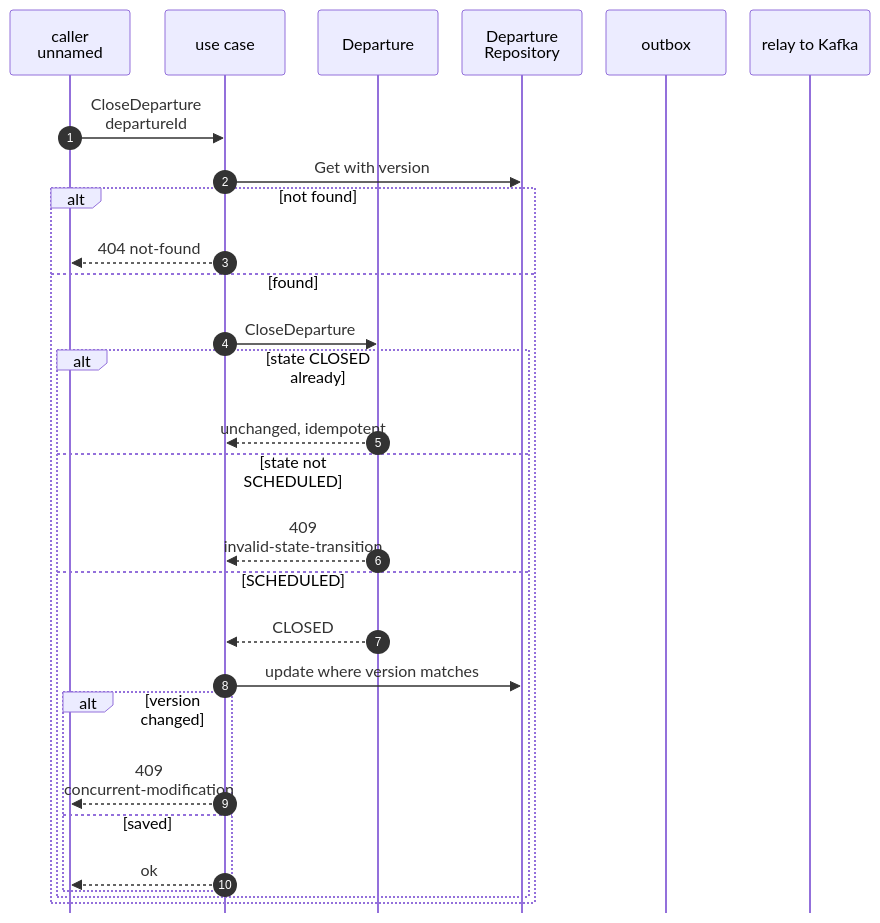
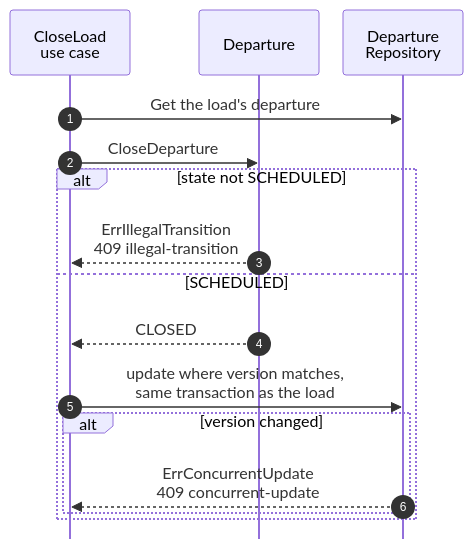
The fourth of 15 diagrams in network/docs/contexts/linehaul-transportation/sequence-diagrams.md (IQVO/warehouse-docs), drawn with Mermaid before and after one commit. The commit also changed other lines of this file and 8 other files, not shown here.

````diff
--- a/network/docs/contexts/linehaul-transportation/sequence-diagrams.md
+++ b/network/docs/contexts/linehaul-transportation/sequence-diagrams.md
@@ -178,31 +168,19 @@
 ```mermaid
 %%{init: {"sequence": {"wrap": true, "width": 120, "actorMargin": 24, "messageMargin": 28, "boxMargin": 6, "noteMargin": 6, "mirrorActors": false}}}%%
 sequenceDiagram
     autonumber
-    participant H as caller<br/>unnamed
-    participant U as use case
+    participant H as CloseLoad<br/>use case
     participant A as Departure
     participant R as Departure<br/>Repository
-    participant O as outbox
-    participant RL as relay to Kafka
-    H->>U: CloseDeparture departureId
-    U->>R: Get with version
-    alt not found
-        U-->>H: 404 not-found
-    else found
-        U->>A: CloseDeparture
-        alt state CLOSED already
-            A-->>U: unchanged, idempotent
-        else state not SCHEDULED
-            A-->>U: 409 invalid-state-transition
-        else SCHEDULED
-            A-->>U: CLOSED
-            U->>R: update where version matches
-            alt version changed
-                U-->>H: 409 concurrent-modification
-            else saved
-                U-->>H: ok
-            end
+    H->>R: Get the load's departure
+    H->>A: CloseDeparture
+    alt state not SCHEDULED
+        A-->>H: ErrIllegalTransition<br/>409 illegal-transition
+    else SCHEDULED
+        A-->>H: CLOSED
+        H->>R: update where version matches,<br/>same transaction as the load
+        alt version changed
+            R-->>H: ErrConcurrentUpdate<br/>409 concurrent-update
         end
     end
 ```
````
